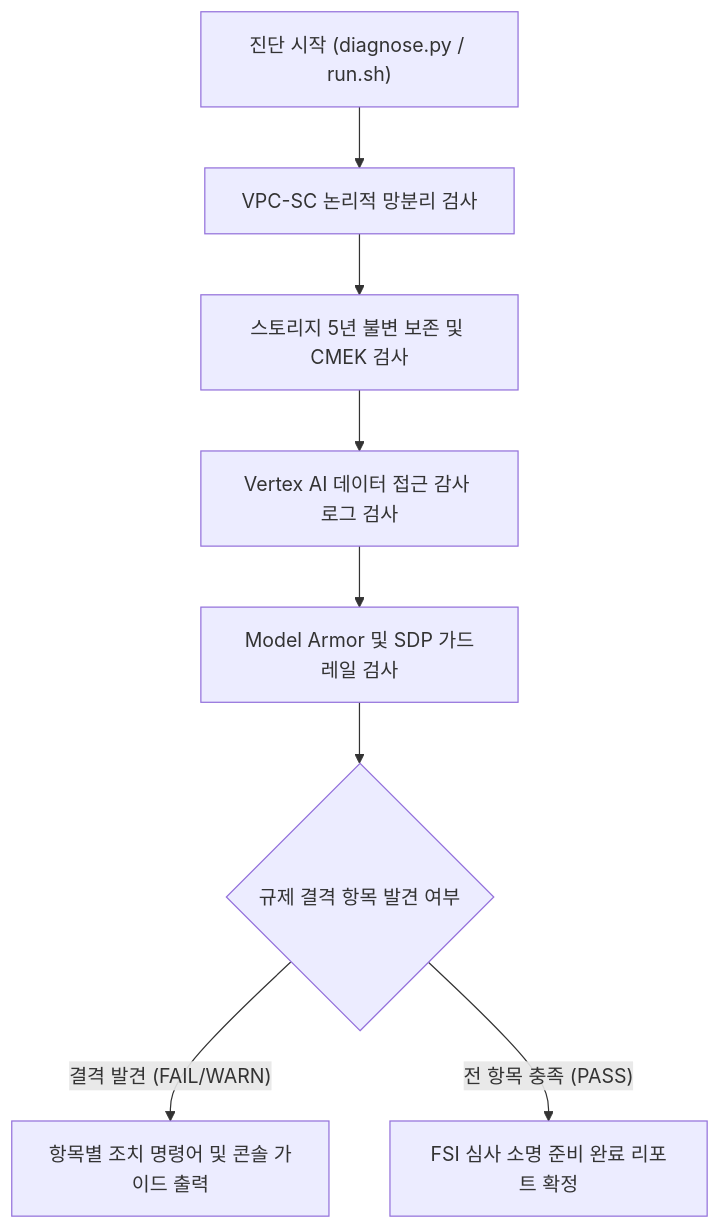
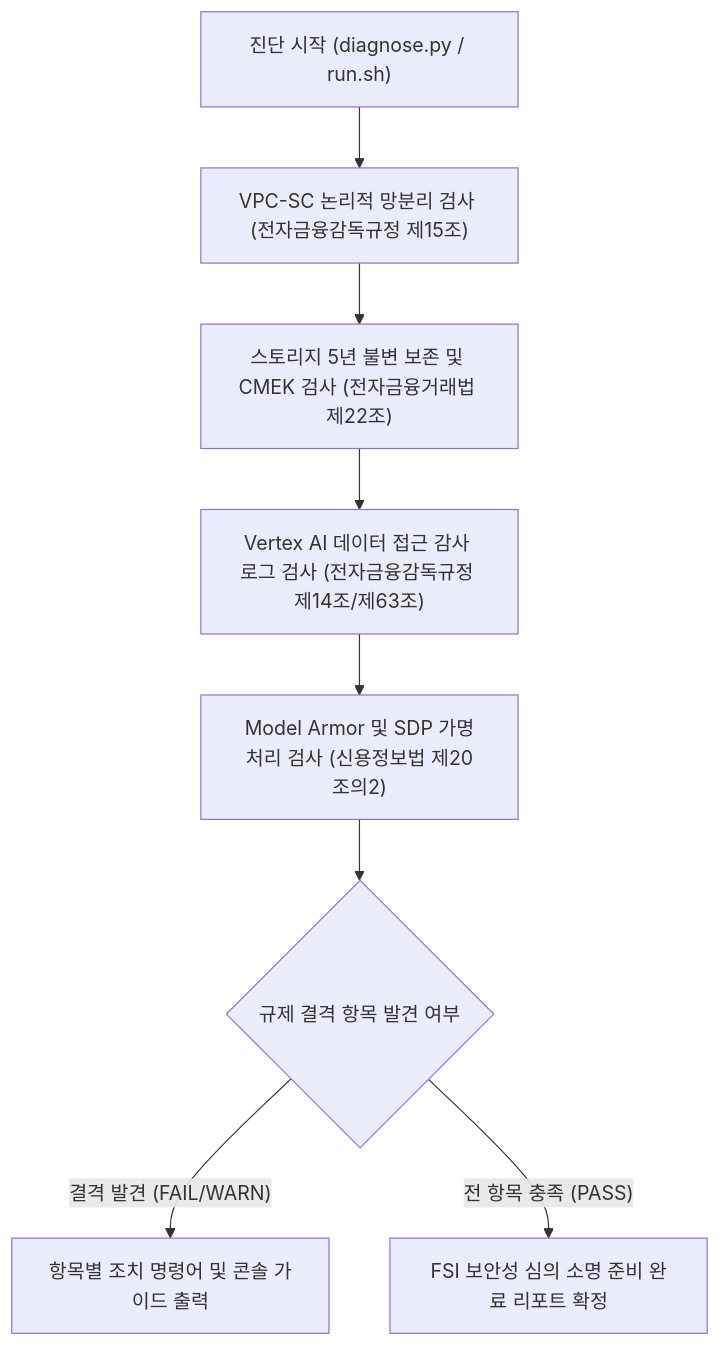
The diagram in samples/korea-fsi-regulatory-perimeter-guard/README.md (jiangjun-forge/google-cloud-0-to-1), drawn with Mermaid before and after one commit. The commit also changed other lines of this file and 3 other files, not shown here.

````diff
--- a/samples/korea-fsi-regulatory-perimeter-guard/README.md
+++ b/samples/korea-fsi-regulatory-perimeter-guard/README.md
@@ -39,10 +48,10 @@
 ```mermaid
 flowchart TD
-    A["진단 시작 (diagnose.py / run.sh)"] --> B["VPC-SC 논리적 망분리 검사"]
-    B --> C["스토리지 5년 불변 보존 및 CMEK 검사"]
-    C --> D["Vertex AI 데이터 접근 감사 로그 검사"]
-    D --> E["Model Armor 및 SDP 가드레일 검사"]
+    A["진단 시작 (diagnose.py / run.sh)"] --> B["VPC-SC 논리적 망분리 검사 (전자금융감독규정 제15조)"]
+    B --> C["스토리지 5년 불변 보존 및 CMEK 검사 (전자금융거래법 제22조)"]
+    C --> D["Vertex AI 데이터 접근 감사 로그 검사 (전자금융감독규정 제14조/제63조)"]
+    D --> E["Model Armor 및 SDP 가명처리 검사 (신용정보법 제20조의2)"]
     E --> F{"규제 결격 항목 발견 여부"}
     F -- "결격 발견 (FAIL/WARN)" --> G["항목별 조치 명령어 및 콘솔 가이드 출력"]
-    F -- "전 항목 충족 (PASS)" --> H["FSI 심사 소명 준비 완료 리포트 확정"]
+    F -- "전 항목 충족 (PASS)" --> H["FSI 보안성 심의 소명 준비 완료 리포트 확정"]
 ```
````
